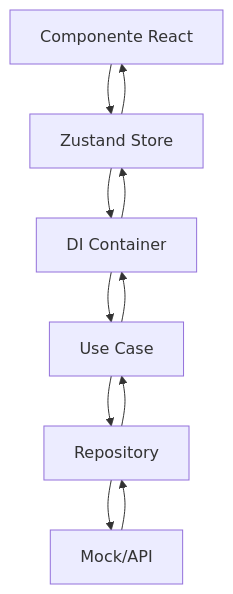
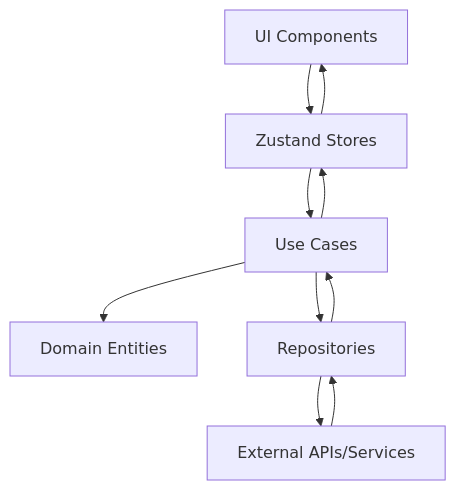
The diagram in docs/ARCHITECTURE.md (sebitabravo/rioclaro-mokup), drawn with Mermaid before and after one commit. The commit also changed other lines of this file and 7 other files, not shown here.

````diff
--- a/docs/ARCHITECTURE.md
+++ b/docs/ARCHITECTURE.md
@@ -496,13 +457,12 @@
 ```mermaid
 graph TD
-    A[Componente React] --> B[Zustand Store]
-    B --> C[DI Container]
-    C --> D[Use Case]
-    D --> E[Repository]
-    E --> F[Mock/API]
+    A[UI Components] --> B[Zustand Stores]
+    B --> C[Use Cases]
+    C --> D[Domain Entities]
+    C --> E[Repositories]
+    E --> F[External APIs/Services]
     F --> E
-    E --> D
-    D --> C
+    E --> C
     C --> B
     B --> A
 ```
````
